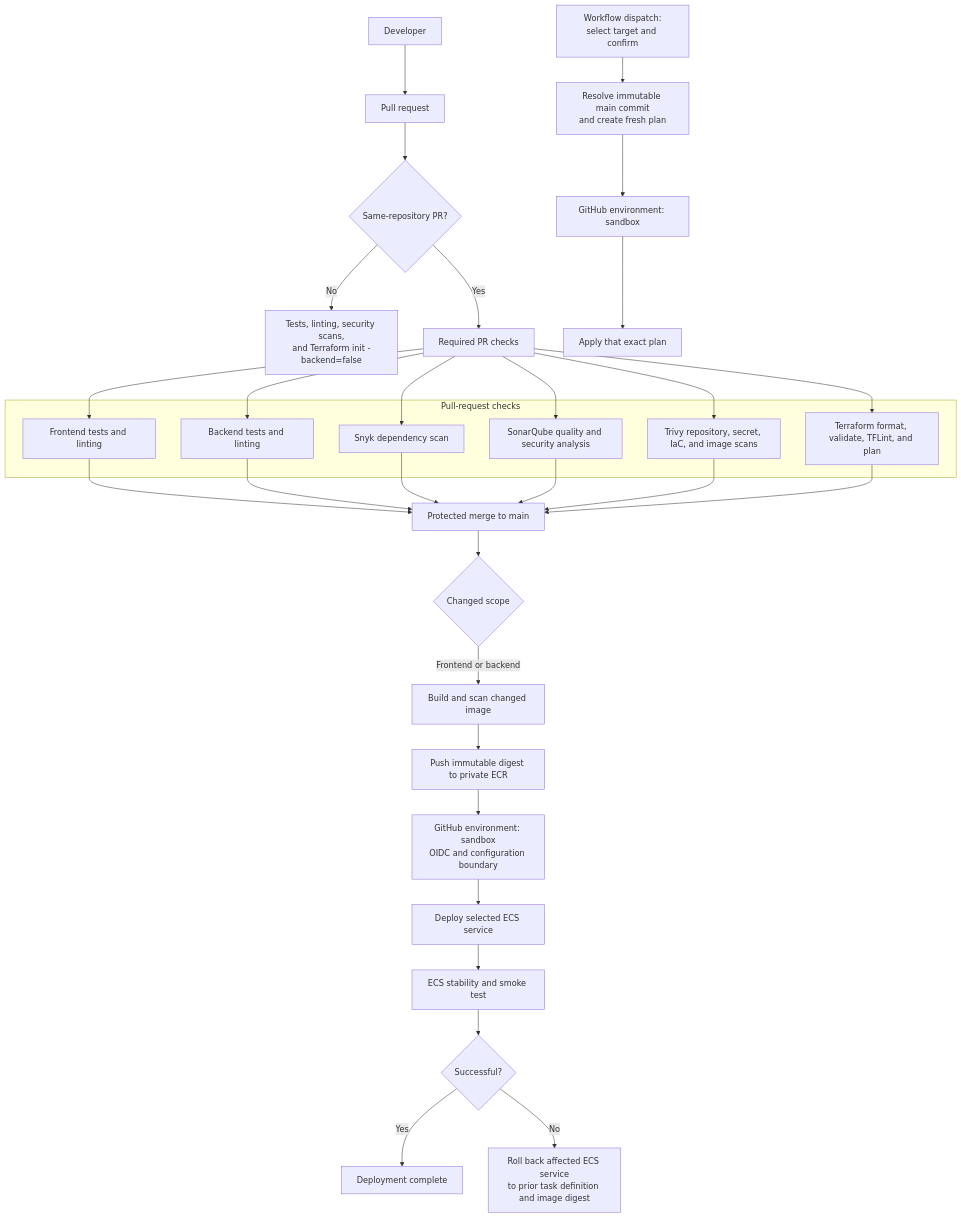
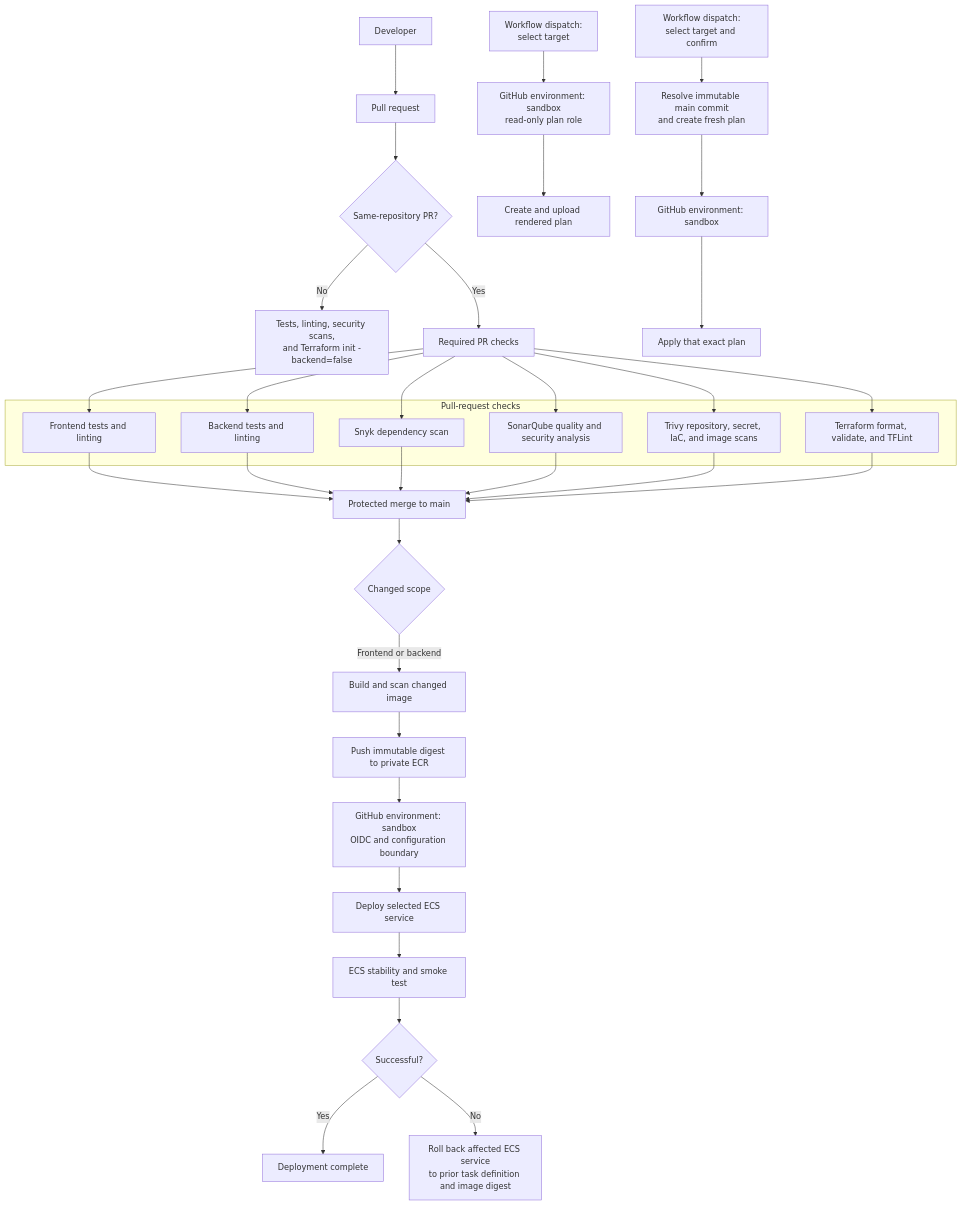
The diagram in docs/diagrams/cicd.mmd (afaryy/happy-post), drawn with Mermaid before and after one commit. The commit also changed 18 other files, not shown here.

Commit message:
feat(infra): add RDS data stack and manual plan control

```diff
--- a/docs/diagrams/cicd.mmd
+++ b/docs/diagrams/cicd.mmd
@@ -1,41 +1,43 @@
 flowchart TB
     developer[Developer] --> pr[Pull request]
     pr --> same_repo{Same-repository PR?}
     same_repo -->|No| fork_validation[Tests, linting, security scans,<br/>and Terraform init -backend=false]
     same_repo -->|Yes| checks_start[Required PR checks]
 
     subgraph pull_request_checks[Pull-request checks]
         frontend_ci[Frontend tests and linting]
         backend_ci[Backend tests and linting]
         snyk[Snyk dependency scan]
         sonar[SonarQube quality and security analysis]
         trivy[Trivy repository, secret, IaC, and image scans]
-        terraform_checks[Terraform format, validate, TFLint, and plan]
+        terraform_checks[Terraform format, validate, and TFLint]
     end
 
     checks_start --> frontend_ci
     checks_start --> backend_ci
     checks_start --> snyk
     checks_start --> sonar
     checks_start --> trivy
     checks_start --> terraform_checks
     frontend_ci --> merge[Protected merge to main]
     backend_ci --> merge
     snyk --> merge
     sonar --> merge
     trivy --> merge
     terraform_checks --> merge
 
     merge --> change{Changed scope}
     change -->|Frontend or backend| build[Build and scan changed image]
     build --> ecr[Push immutable digest to private ECR]
     ecr --> sandbox[GitHub environment: sandbox<br/>OIDC and configuration boundary]
     sandbox --> action[Deploy selected ECS service]
     action --> verification[ECS stability and smoke test]
     verification --> result{Successful?}
     result -->|Yes| complete[Deployment complete]
     result -->|No| rollback[Roll back affected ECS service<br/>to prior task definition and image digest]
 
+    manual_plan[Workflow dispatch:<br/>select target] --> plan_sandbox[GitHub environment: sandbox<br/>read-only plan role]
+    plan_sandbox --> rendered_plan[Create and upload rendered plan]
     manual_apply[Workflow dispatch:<br/>select target and confirm] --> fresh_plan[Resolve immutable main commit<br/>and create fresh plan]
     fresh_plan --> terraform_sandbox[GitHub environment: sandbox]
     terraform_sandbox --> apply[Apply that exact plan]
```
